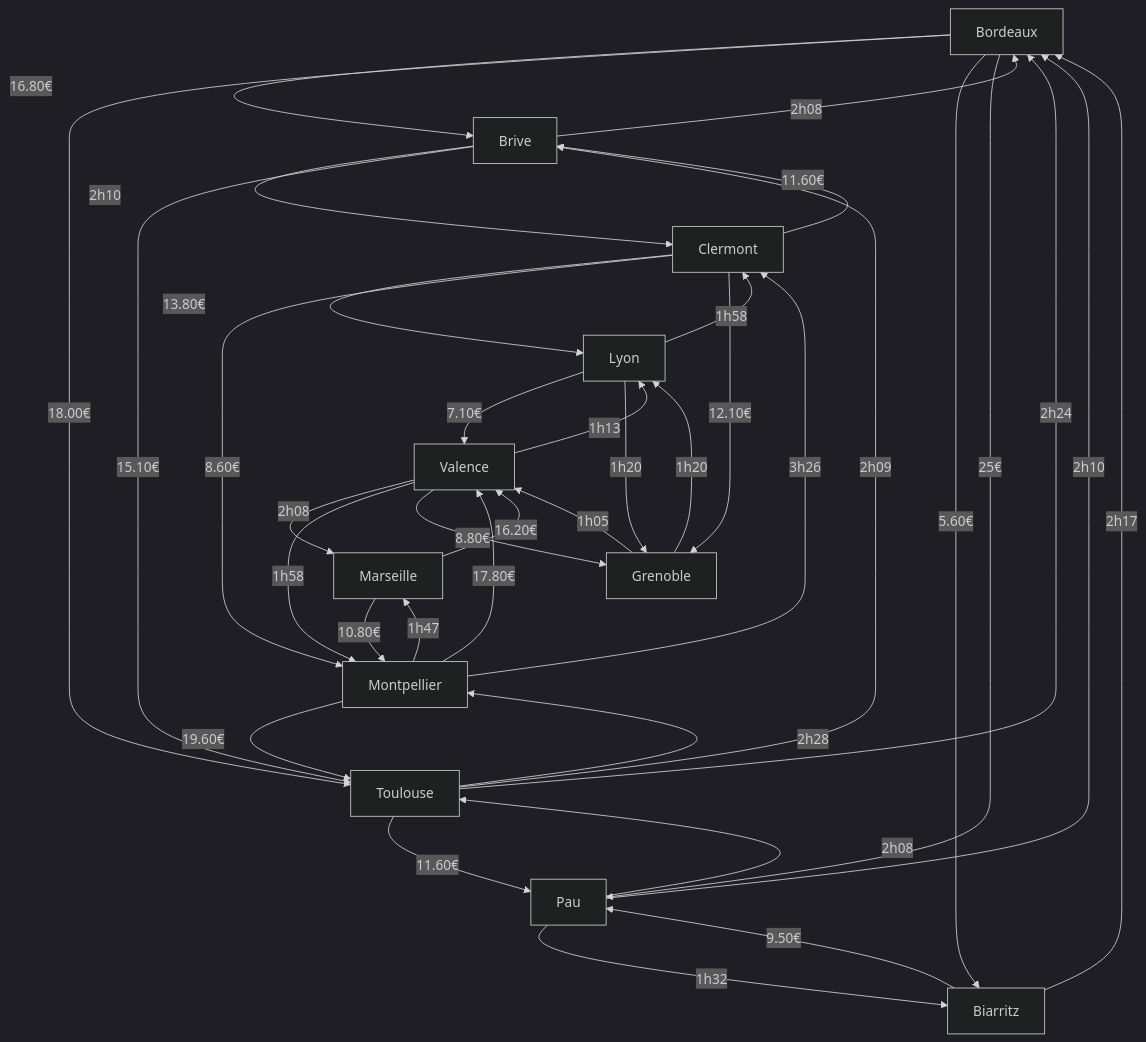
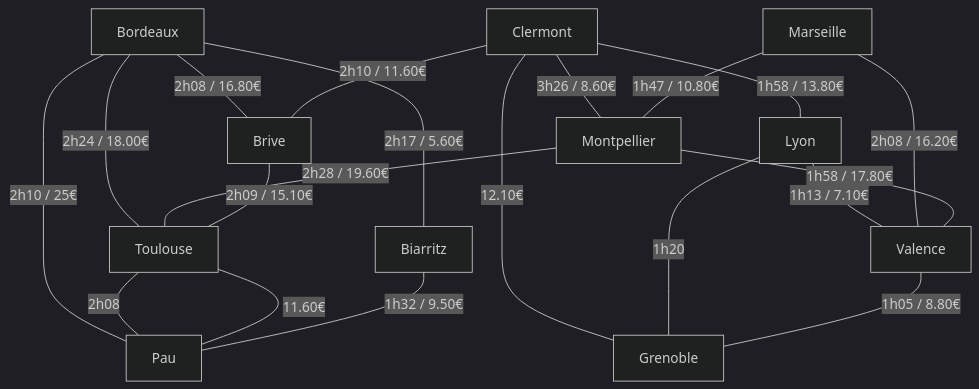
Before and after one commit to lololepro17/Cours-TNSI: the second of 2 diagrams in Arbre/Djiskstra/Exo5.md, drawn with Mermaid (dark theme).

````diff
--- a/Arbre/Djiskstra/Exo5.md
+++ b/Arbre/Djiskstra/Exo5.md
@@ -50,48 +50,31 @@
 ```mermaid
 graph TD;
-    Bordeaux -- 16.80€ --> Brive;
-    Bordeaux -- 18.00€ --> Toulouse;
-    Bordeaux -- 5.60€ --> Biarritz;
-    Bordeaux -- 25€ --> Pau;
+    Bordeaux -- "2h08 / 16.80€" --- Brive;
+    Bordeaux -- "2h24 / 18.00€" --- Toulouse;
+    Bordeaux -- "2h17 / 5.60€" --- Biarritz;
+    Bordeaux -- "2h10 / 25€" --- Pau;
 
-    Clermont -- 13.80€ --> Lyon;
-    Clermont -- 8.60€ --> Montpellier;
-    Clermont -- 11.60€ --> Brive;
-    Clermont -- 12.10€ --> Grenoble;
+    Clermont -- "1h58 / 13.80€" --- Lyon;
+    Clermont -- "3h26 / 8.60€" --- Montpellier;
+    Clermont -- "2h10 / 11.60€" --- Brive;
+    Clermont -- "12.10€" --- Grenoble;
 
-    Lyon -- 1h58 --> Clermont;
-    Lyon -- 7.10€ --> Valence;
-    Lyon -- 1h20 --> Grenoble;
+    Lyon -- "1h13 / 7.10€" --- Valence;
+    Lyon -- "1h20" --- Grenoble;
 
-    Marseille -- 10.80€ --> Montpellier;
-    Marseille -- 16.20€ --> Valence;
-    
-    Montpellier -- 3h26 --> Clermont;
-    Montpellier -- 1h47 --> Marseille;
-    Montpellier -- 19.60€ --> Toulouse;
-    Montpellier -- 17.80€ --> Valence;
+    Marseille -- "1h47 / 10.80€" --- Montpellier;
+    Marseille -- "2h08 / 16.20€" --- Valence;
 
-    Brive -- 2h08 --> Bordeaux;
-    Brive -- 2h10 --> Clermont;
-    Brive -- 15.10€ --> Toulouse;
+    Montpellier -- "2h28 / 19.60€" --- Toulouse;
+    Montpellier -- "1h58 / 17.80€" --- Valence;
 
-    Toulouse -- 2h24 --> Bordeaux;
-    Toulouse -- 2h28 --> Montpellier;
-    Toulouse -- 2h09 --> Brive;
-    Toulouse -- 11.60€ --> Pau;
+    Brive -- "2h09 / 15.10€" --- Toulouse;
 
-    Valence -- 1h13 --> Lyon;
-    Valence -- 2h08 --> Marseille;
-    Valence -- 1h58 --> Montpellier;
-    Valence -- 8.80€ --> Grenoble;
+    Toulouse -- "2h08" --- Pau;
+    Toulouse -- "11.60€" --- Pau;
 
-    Biarritz -- 2h17 --> Bordeaux;
-    Biarritz -- 9.50€ --> Pau;
+    Valence -- "1h05 / 8.80€" --- Grenoble;
 
-    Pau -- 2h10 --> Bordeaux;
-    Pau -- 2h08 --> Toulouse;
-    Pau -- 1h32 --> Biarritz;
+    Biarritz -- "1h32 / 9.50€" --- Pau;
 
-    Grenoble -- 1h20 --> Lyon;
-    Grenoble -- 1h05 --> Valence;
 ``` 
````
